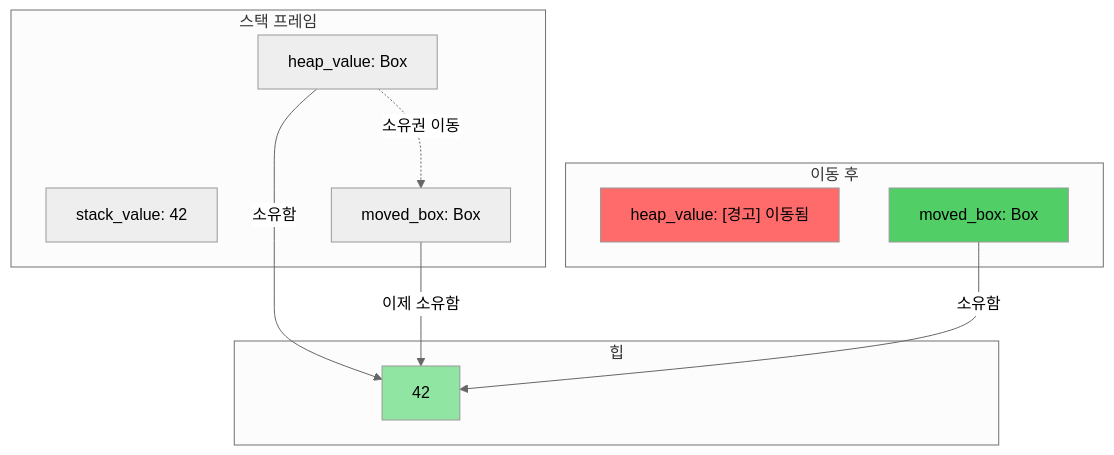
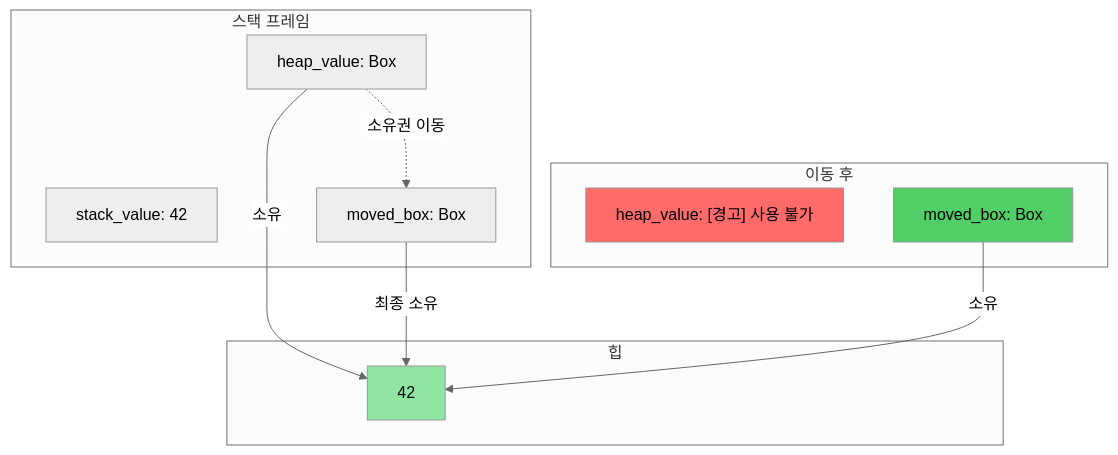
Before and after one commit to partrita/RustTraining: the third of 4 diagrams in c-cpp-book/src/ch01-introduction-and-motivation.md, drawn with Mermaid (neutral theme). The commit also changed other lines of this file and 157 other files, not shown here.

````diff
--- a/c-cpp-book/src/ch01-introduction-and-motivation.md
+++ b/c-cpp-book/src/ch01-introduction-and-motivation.md
@@ -145,27 +145,27 @@
 ```mermaid
 graph TD
     subgraph "스택 프레임"
         SV["stack_value: 42"]
         BP["heap_value: Box<i32>"]
         BP2["moved_box: Box<i32>"]
     end
     
     subgraph "힙"
         HV["42"]
     end
     
-    BP -->|"소유함"| HV
+    BP -->|"소유"| HV
     BP -.->|"소유권 이동"| BP2
-    BP2 -->|"이제 소유함"| HV
+    BP2 -->|"최종 소유"| HV
     
     subgraph "이동 후"
-        BP_X["heap_value: [경고] 이동됨"]
+        BP_X["heap_value: [경고] 사용 불가"]
         BP2_A["moved_box: Box<i32>"]
     end
     
-    BP2_A -->|"소유함"| HV
+    BP2_A -->|"소유"| HV
     
     style BP_X fill:#ff6b6b,color:#000
     style HV fill:#91e5a3,color:#000
     style BP2_A fill:#51cf66,color:#000
 ```
````
